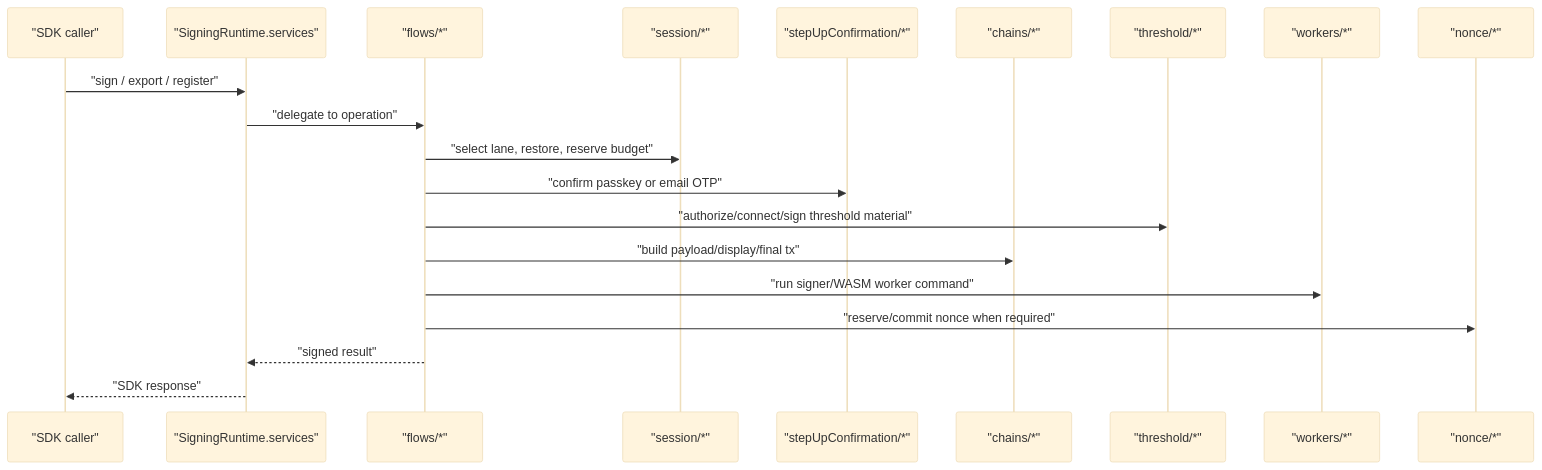
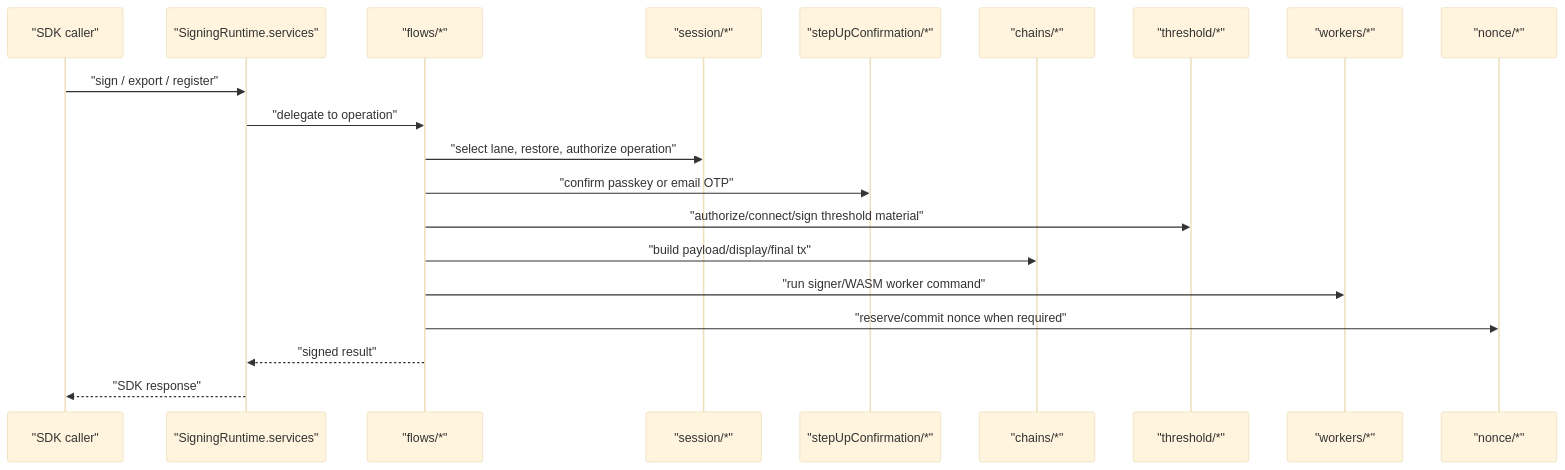
Before and after one commit to seams-tech/seams-sdk: the second of 4 diagrams in packages/sdk-web/src/core/signingEngine/README.md, drawn with Mermaid (base theme). The commit also changed other lines of this file, not shown here.

Commit message:
docs(refactor90): align signing engine architecture

````diff
--- a/packages/sdk-web/src/core/signingEngine/README.md
+++ b/packages/sdk-web/src/core/signingEngine/README.md
@@ -92,23 +92,23 @@
 ```mermaid
 sequenceDiagram
   participant SDK as "SDK caller"
   participant RT as "SigningRuntime.services"
   participant OP as "flows/*"
   participant SS as "session/*"
   participant CF as "stepUpConfirmation/*"
   participant CH as "chains/*"
   participant TH as "threshold/*"
   participant WK as "workers/*"
   participant NC as "nonce/*"
 
   SDK->>RT: "sign / export / register"
   RT->>OP: "delegate to operation"
-  OP->>SS: "select lane, restore, reserve budget"
+  OP->>SS: "select lane, restore, authorize operation"
   OP->>CF: "confirm passkey or email OTP"
   OP->>TH: "authorize/connect/sign threshold material"
   OP->>CH: "build payload/display/final tx"
   OP->>WK: "run signer/WASM worker command"
   OP->>NC: "reserve/commit nonce when required"
   OP-->>RT: "signed result"
   RT-->>SDK: "SDK response"
 ```
````
